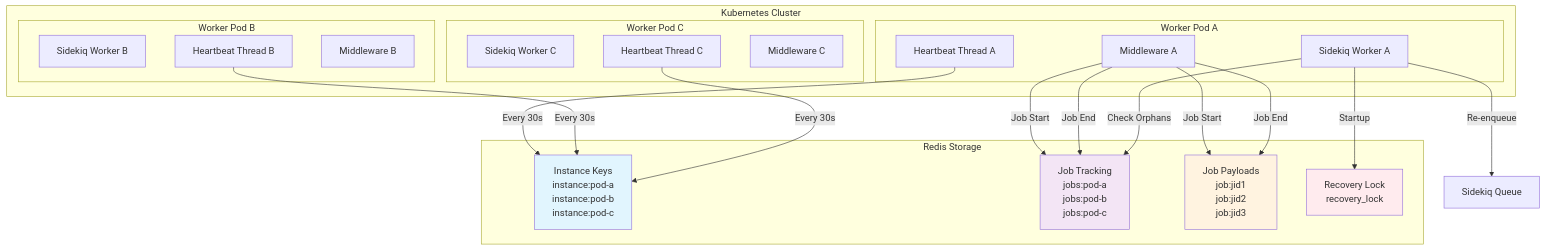
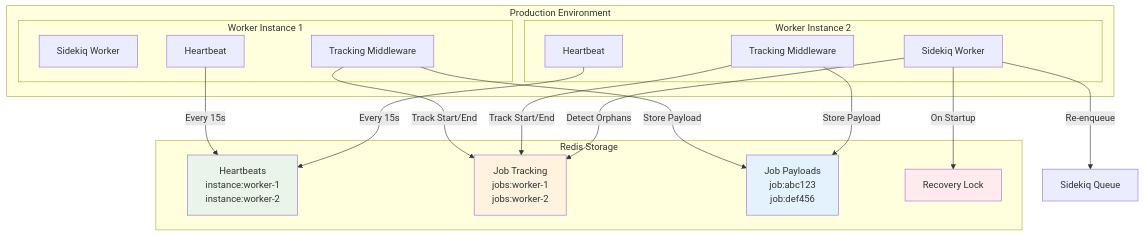
Before and after one commit to ItsManikantaGopi/sidekiq-processing-tracker: the second of 2 diagrams in README.md, drawn with Mermaid. The commit also changed other lines of this file and 30 other files, not shown here.

````diff
--- a/README.md
+++ b/README.md
@@ -40,49 +50,42 @@
 ```mermaid
 graph TB
-    subgraph K8s["Kubernetes Cluster"]
-        subgraph PodA["Worker Pod A"]
-            WA[Sidekiq Worker A]
-            HA[Heartbeat Thread A]
-            MA[Middleware A]
+    subgraph Cluster["Production Environment"]
+        subgraph W1["Worker Instance 1"]
+            SW1[Sidekiq Worker]
+            HB1[Heartbeat]
+            MW1[Tracking Middleware]
         end
 
-        subgraph PodB["Worker Pod B"]
-            WB[Sidekiq Worker B]
-            HB[Heartbeat Thread B]
-            MB[Middleware B]
-        end
-
-        subgraph PodC["Worker Pod C"]
-            WC[Sidekiq Worker C]
-            HC[Heartbeat Thread C]
-            MC[Middleware C]
+        subgraph W2["Worker Instance 2"]
+            SW2[Sidekiq Worker]
+            HB2[Heartbeat]
+            MW2[Tracking Middleware]
         end
     end
 
     subgraph Redis["Redis Storage"]
-        IK["Instance Keys<br/>instance:pod-a<br/>instance:pod-b<br/>instance:pod-c"]
-        JK["Job Tracking<br/>jobs:pod-a<br/>jobs:pod-b<br/>jobs:pod-c"]
-        JP["Job Payloads<br/>job:jid1<br/>job:jid2<br/>job:jid3"]
-        RL["Recovery Lock<br/>recovery_lock"]
+        HK["Heartbeats<br/>instance:worker-1<br/>instance:worker-2"]
+        JT["Job Tracking<br/>jobs:worker-1<br/>jobs:worker-2"]
+        JP["Job Payloads<br/>job:abc123<br/>job:def456"]
+        RL["Recovery Lock"]
     end
 
     Queue[Sidekiq Queue]
 
-    HA -->|Every 30s| IK
-    HB -->|Every 30s| IK
-    HC -->|Every 30s| IK
+    HB1 -->|Every 15s| HK
+    HB2 -->|Every 15s| HK
 
-    MA -->|Job Start| JK
-    MA -->|Job Start| JP
-    MA -->|Job End| JK
-    MA -->|Job End| JP
+    MW1 -->|Track Start/End| JT
+    MW1 -->|Store Payload| JP
+    MW2 -->|Track Start/End| JT
+    MW2 -->|Store Payload| JP
 
-    WA -->|Startup| RL
-    WA -->|Check Orphans| JK
-    WA -->|Re-enqueue| Queue
+    SW2 -->|On Startup| RL
+    SW2 -->|Detect Orphans| JT
+    SW2 -->|Re-enqueue| Queue
 
-    style IK fill:#e1f5fe
-    style JK fill:#f3e5f5
-    style JP fill:#fff3e0
+    style HK fill:#e8f5e8
+    style JT fill:#fff3e0
+    style JP fill:#e3f2fd
     style RL fill:#ffebee
 ```
````
